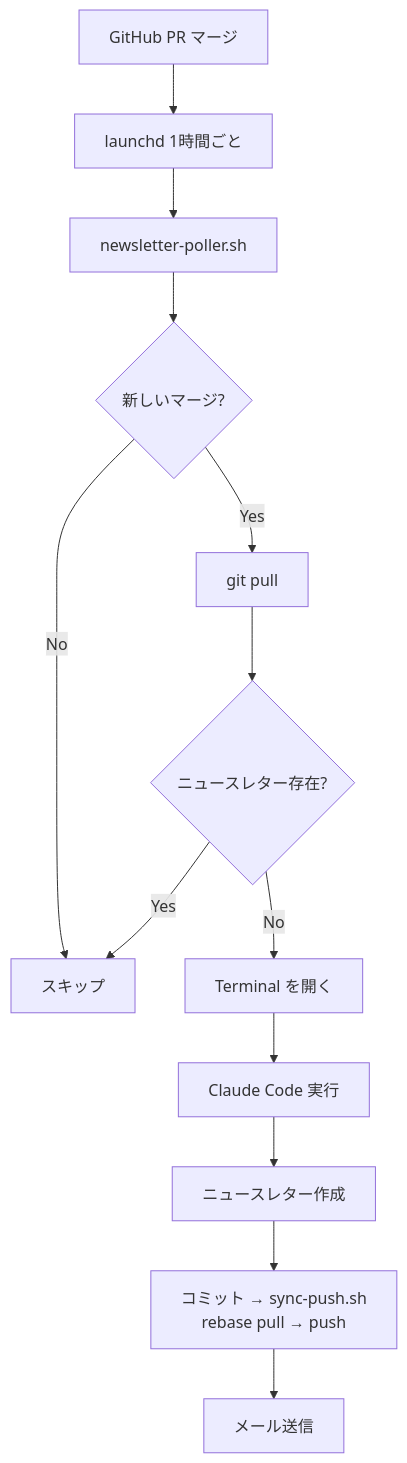
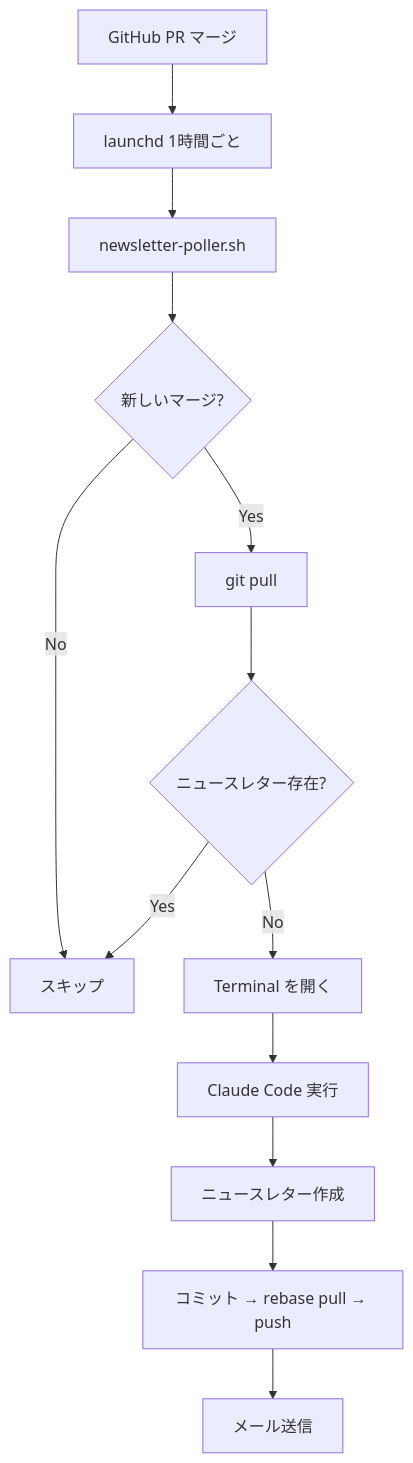
Before and after one commit to uto-usui/magazine: the diagram in docs/newsletter-automation.md, drawn with Mermaid. The commit also changed other lines of this file and 5 other files, not shown here.

First line of the commit message:
refactor(automation): push 前の pull をインラインに戻し sync-push.sh を削除

````diff
--- a/docs/newsletter-automation.md
+++ b/docs/newsletter-automation.md
@@ -7,15 +7,15 @@
 ```mermaid
 flowchart TD
     A[GitHub PR マージ] --> B[launchd 1時間ごと]
     B --> C[newsletter-poller.sh]
     C --> D{新しいマージ?}
     D -->|No| E[スキップ]
     D -->|Yes| F[git pull]
     F --> G{ニュースレター存在?}
     G -->|Yes| E
     G -->|No| H[Terminal を開く]
     H --> I[Claude Code 実行]
     I --> J[ニュースレター作成]
-    J --> K[コミット → sync-push.sh<br/>rebase pull → push]
+    J --> K[コミット → rebase pull → push]
     K --> L[メール送信]
 ```
````
